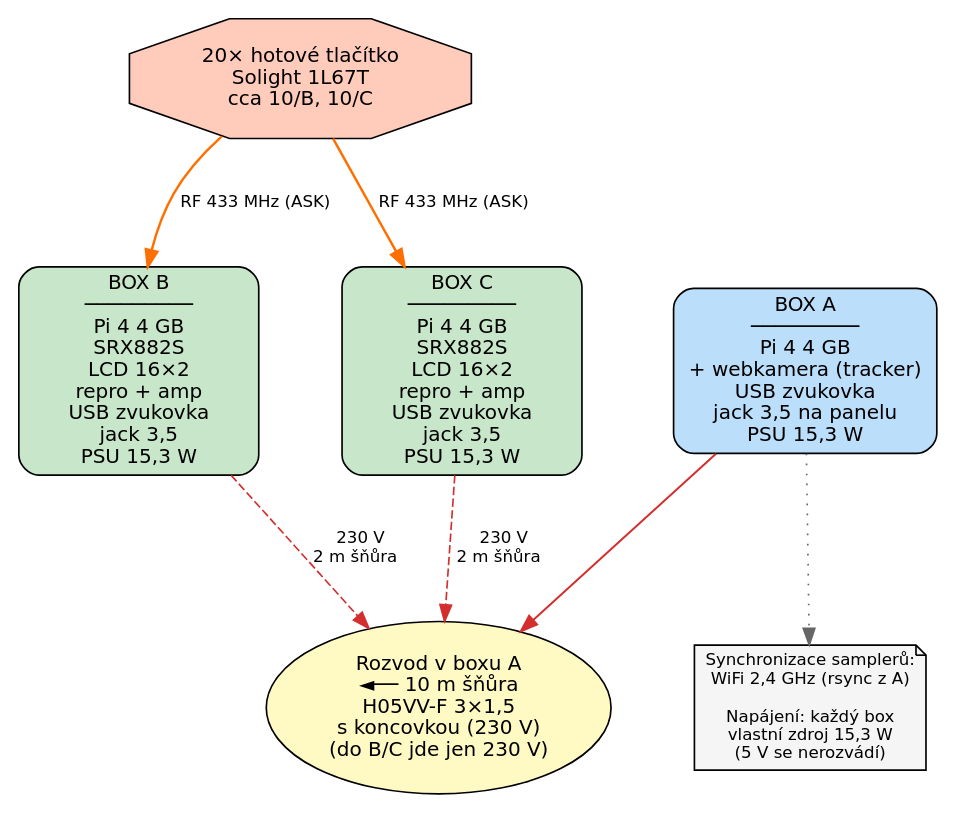
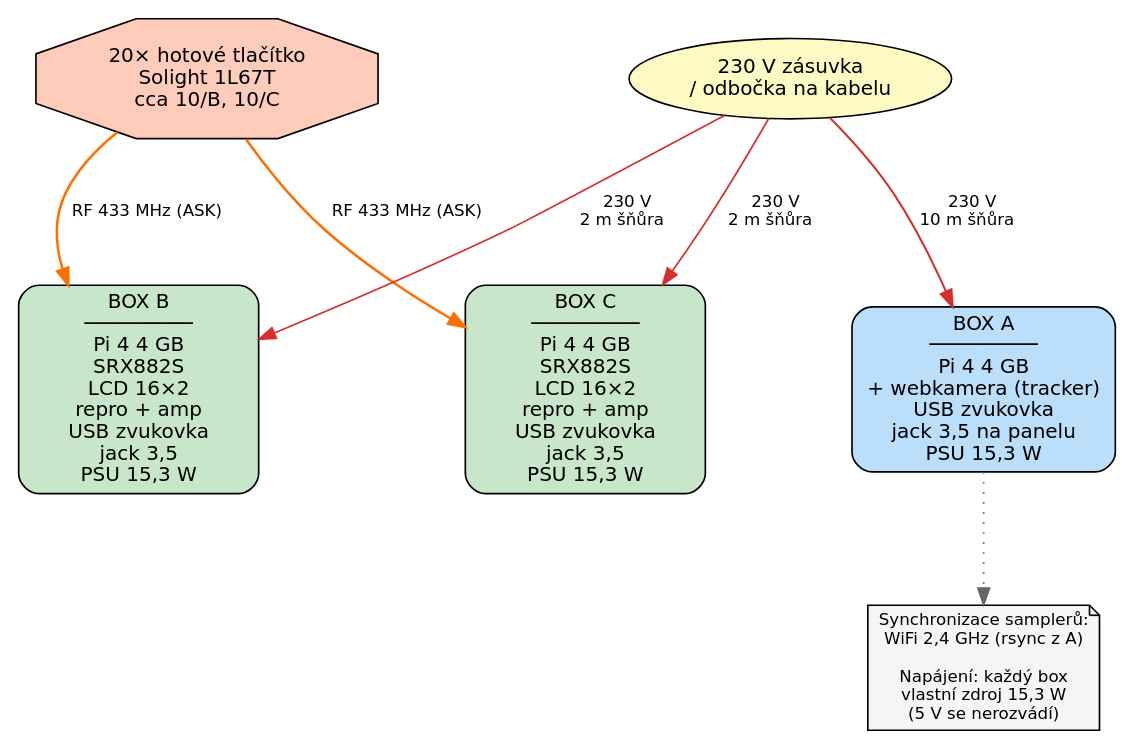
One commit to K0F/1938_ABC changed the diagram in docs/dot/hw_01_architecture.dot. Above: the diagram before and after it, drawn with Graphviz. The commit also changed 8 other files, not shown here.

Commit message:
docs: connect each box to 230V separately (parallel, no daisy-chain)

```diff
--- a/docs/dot/hw_01_architecture.dot
+++ b/docs/dot/hw_01_architecture.dot
@@ -1,30 +1,30 @@
 // HW §1 — Architektura a role boxů (3-box topology)
 digraph G {
     graph [fontname="DejaVu Sans" rankdir=TB bgcolor="white" nodesep=0.7 ranksep=0.9];
 node [fontname="DejaVu Sans" fontsize=12 style="filled"];
 edge [fontname="DejaVu Sans" fontsize=10];
 
 // Tlačítka
 tlačítka [label="20× hotové tlačítko\nSolight 1L67T\ncca 10/B, 10/C" shape=octagon style="filled" fillcolor="#ffccbc" width=2.2];
 
 // Boxes
 boxB [label="BOX B\n─────────\nPi 4 4 GB\nSRX882S\nLCD 16×2\nrepro + amp\nUSB zvukovka\njack 3,5\nPSU 15,3 W" shape=box style="filled,rounded" fillcolor="#c8e6c9" width=2];
 boxC [label="BOX C\n─────────\nPi 4 4 GB\nSRX882S\nLCD 16×2\nrepro + amp\nUSB zvukovka\njack 3,5\nPSU 15,3 W" shape=box style="filled,rounded" fillcolor="#c8e6c9" width=2];
 boxA [label="BOX A\n─────────\nPi 4 4 GB\n+ webkamera (tracker)\nUSB zvukovka\njack 3,5 na panelu\nPSU 15,3 W" shape=box style="filled,rounded" fillcolor="#bbdefb" width=2.2];
 
-// Power
-rozvod [label="Rozvod v boxu A\n◄── 10 m šňůra\nH05VV-F 3×1,5\ns koncovkou (230 V)\n(do B/C jde jen 230 V)" shape=oval fillcolor="#fff9c4"];
+// Power — každý box samostatně do zásuvky 230 V
+rozvod [label="230 V zásuvka\n/ odbočka na kabelu" shape=oval fillcolor="#fff9c4"];
 
 // RF
 tlačítka -> boxB [label="  RF 433 MHz (ASK)  " color="#ff6f00" penwidth=1.5 style=bold];
 tlačítka -> boxC [label="  RF 433 MHz (ASK)  " color="#ff6f00" penwidth=1.5 style=bold];
 
-// Power (only 230 V reaches B/C — each box converts it with its own 15,3 W PSU)
-boxA -> rozvod [label="  " color="#d32f2f" penwidth=1.2];
-boxB -> rozvod [label="  230 V\n  2 m šňůra  " color="#d32f2f" penwidth=1.0 style=dashed];
-boxC -> rozvod [label="  230 V\n  2 m šňůra  " color="#d32f2f" penwidth=1.0 style=dashed];
+// Power (each box plugs into 230 V separately, converts with its own 15,3 W PSU)
+rozvod -> boxA [label="  230 V\n  10 m šňůra  " color="#d32f2f" penwidth=1.2];
+rozvod -> boxB [label="  230 V\n  2 m šňůra  " color="#d32f2f" penwidth=1.0];
+rozvod -> boxC [label="  230 V\n  2 m šňůra  " color="#d32f2f" penwidth=1.0];
 
 // Note
 note [label="Synchronizace samplerů:\nWiFi 2,4 GHz (rsync z A)\n\nNapájení: každý box\nvlastní zdroj 15,3 W\n(5 V se nerozvádí)" shape=note fillcolor="#f5f5f5" fontsize=10];
 boxA -> note [style=dotted color="#666666"];
 }
```
